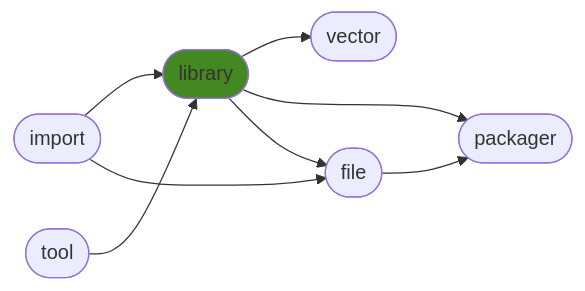
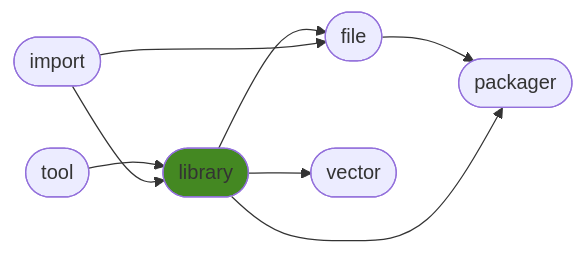
One commit to ManderaGeneral/generallibrary changed the diagram in README.md. Above: the diagram before and after it, drawn with Mermaid. The commit also changed other lines of this file, not shown here.

````diff
--- a/README.md
+++ b/README.md
@@ -24,17 +24,17 @@
 ```mermaid
 flowchart LR
 3([file]) --> 5([packager])
+2([library]) --> 4([vector])
+2([library]) --> 5([packager])
 1([tool]) --> 2([library])
-2([library]) --> 4([vector])
-0([import]) --> 2([library])
-2([library]) --> 5([packager])
 2([library]) --> 3([file])
 0([import]) --> 3([file])
+0([import]) --> 2([library])
 click 0 "https://github.com/ManderaGeneral/generalimport"
 click 1 "https://github.com/ManderaGeneral/generaltool"
 click 2 "https://github.com/ManderaGeneral/generallibrary"
 click 3 "https://github.com/ManderaGeneral/generalfile"
 click 4 "https://github.com/ManderaGeneral/generalvector"
 click 5 "https://github.com/ManderaGeneral/generalpackager"
 style 2 fill:#482
 ```
````
